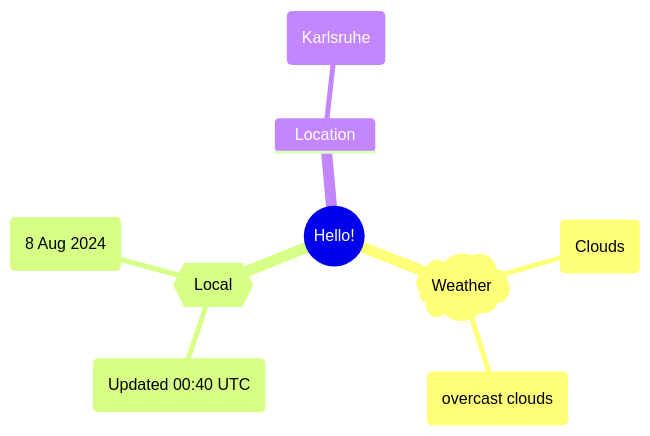
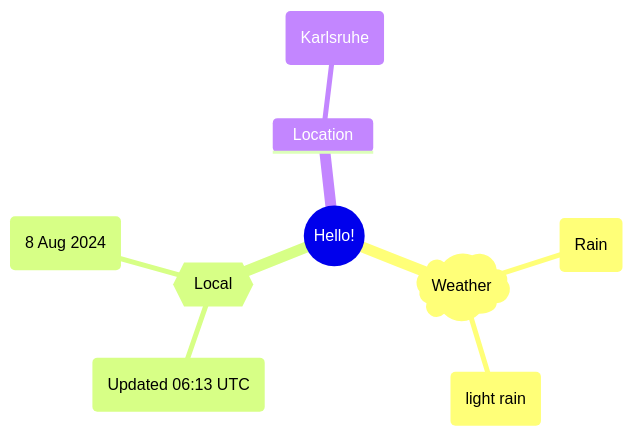
The first of 2 diagrams in README.md (Xosrov/Xosrov), drawn with Mermaid before and after one commit.

Commit message:
[bot] updated images

````diff
--- a/README.md
+++ b/README.md
@@ -3,12 +3,12 @@
 ```mermaid
 mindmap
   root((Hello!))
     )Weather(
-        (Clouds)
-        (overcast clouds)
+        (Rain)
+        (light rain)
     {{Local}}
-        (Updated 00:40 UTC)
+        (Updated 06:13 UTC)
         (8 Aug 2024)
     Location
         (Karlsruhe)
 ```
````
